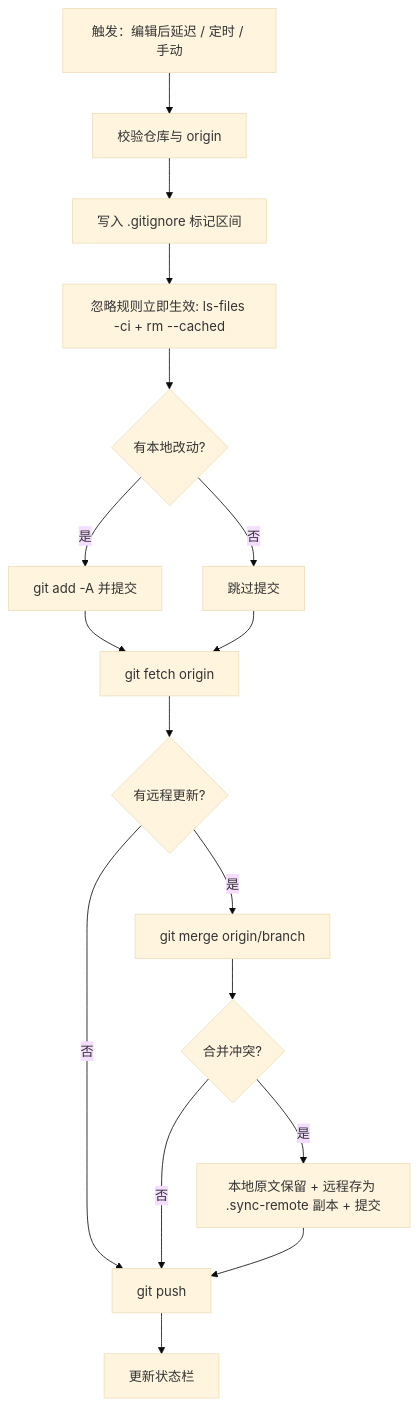
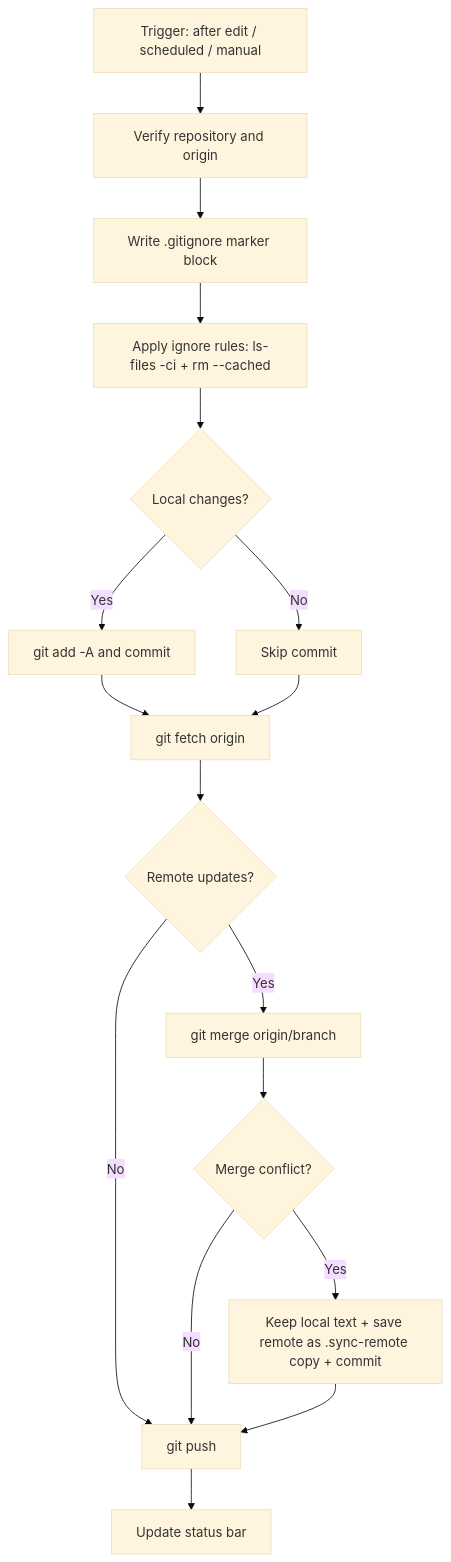
The diagram in README.md (czhhbp/obsidian-silence-git-sync), drawn with Mermaid (base theme) before and after one commit. The commit also changed other lines of this file and 1 other file, not shown here.

````diff
--- a/README.md
+++ b/README.md
@@ -49,19 +49,19 @@
 ```mermaid
 flowchart TD
-    A[触发：编辑后延迟 / 定时 / 手动] --> B[校验仓库与 origin]
-    B --> C[写入 .gitignore 标记区间]
-    C --> D[忽略规则立即生效: ls-files -ci + rm --cached]
-    D --> E{有本地改动?}
-    E -- 是 --> F[git add -A 并提交]
-    E -- 否 --> G[跳过提交]
+    A[Trigger: after edit / scheduled / manual] --> B[Verify repository and origin]
+    B --> C[Write .gitignore marker block]
+    C --> D[Apply ignore rules: ls-files -ci + rm --cached]
+    D --> E{Local changes?}
+    E -- Yes --> F[git add -A and commit]
+    E -- No --> G[Skip commit]
     F --> H[git fetch origin]
     G --> H
-    H --> I{有远程更新?}
-    I -- 是 --> J[git merge origin/branch]
-    I -- 否 --> M[git push]
-    J --> K{合并冲突?}
-    K -- 是 --> L[本地原文保留 + 远程存为 .sync-remote 副本 + 提交]
-    K -- 否 --> M
+    H --> I{Remote updates?}
+    I -- Yes --> J[git merge origin/branch]
+    I -- No --> M[git push]
+    J --> K{Merge conflict?}
+    K -- Yes --> L[Keep local text + save remote as .sync-remote copy + commit]
+    K -- No --> M
     L --> M
-    M --> N[更新状态栏]
+    M --> N[Update status bar]
 ```
````
